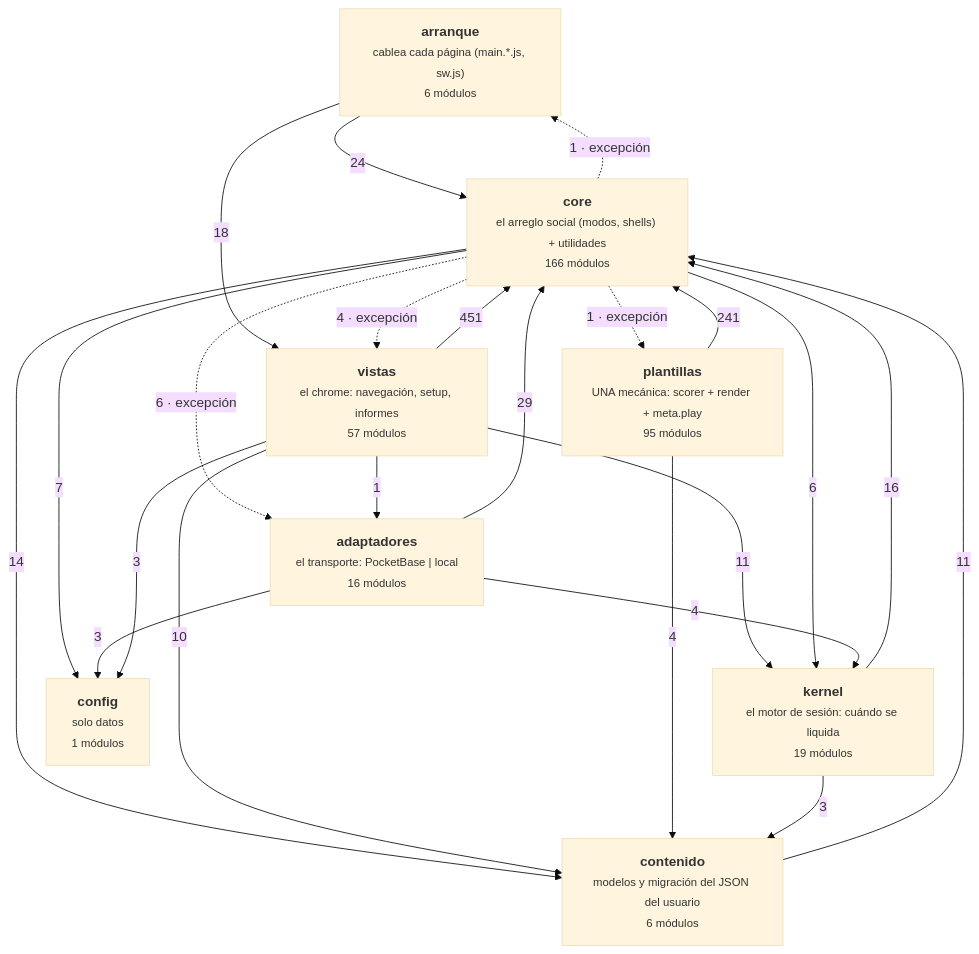
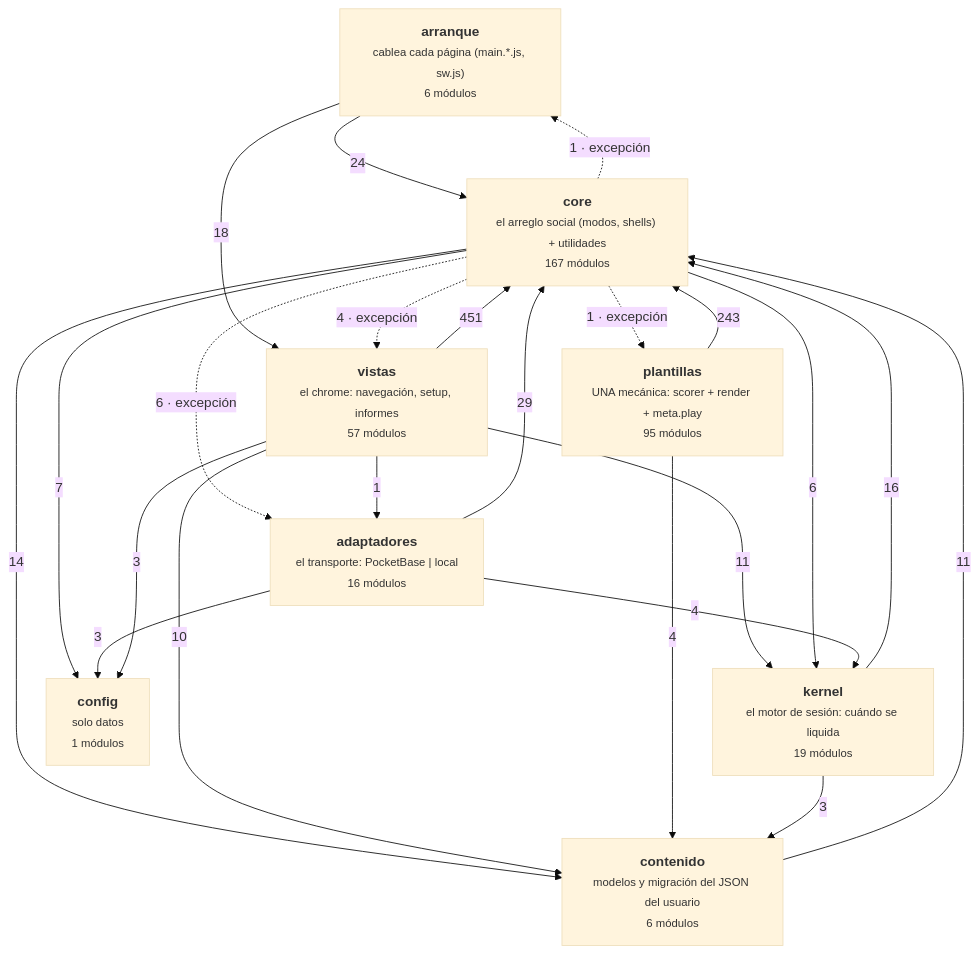
Before and after one commit to duecaz/ac: the diagram in docs/arquitectura-modulos.md, drawn with Mermaid (base theme). The commit also changed other lines of this file and 13 other files, not shown here.

````diff
--- a/docs/arquitectura-modulos.md
+++ b/docs/arquitectura-modulos.md
@@ -56,33 +56,33 @@
 ```mermaid
 graph TD
   A["<b>arranque</b><br/><small>cablea cada página (main.*.js, sw.js)</small><br/><small>6 módulos</small>"]
   V["<b>vistas</b><br/><small>el chrome: navegación, setup, informes</small><br/><small>57 módulos</small>"]
   AD["<b>adaptadores</b><br/><small>el transporte: PocketBase | local</small><br/><small>16 módulos</small>"]
-  C["<b>core</b><br/><small>el arreglo social (modos, shells) + utilidades</small><br/><small>166 módulos</small>"]
+  C["<b>core</b><br/><small>el arreglo social (modos, shells) + utilidades</small><br/><small>167 módulos</small>"]
   K["<b>kernel</b><br/><small>el motor de sesión: cuándo se liquida</small><br/><small>19 módulos</small>"]
   T["<b>plantillas</b><br/><small>UNA mecánica: scorer + render + meta.play</small><br/><small>95 módulos</small>"]
   CO["<b>contenido</b><br/><small>modelos y migración del JSON del usuario</small><br/><small>6 módulos</small>"]
   CF["<b>config</b><br/><small>solo datos</small><br/><small>1 módulos</small>"]
   V -->|451| C
-  T -->|241| C
+  T -->|243| C
   AD -->|29| C
   A -->|24| C
   A -->|18| V
   K -->|16| C
   C -->|14| CO
   CO -->|11| C
   V -->|11| K
   V -->|10| CO
   C -->|7| CF
   C -->|6| K
   C -.->|6 · excepción| AD
   AD -->|4| K
   C -.->|4 · excepción| V
   T -->|4| CO
   AD -->|3| CF
   K -->|3| CO
   V -->|3| CF
   C -.->|1 · excepción| T
   C -.->|1 · excepción| A
   V -->|1| AD
 ```
````
